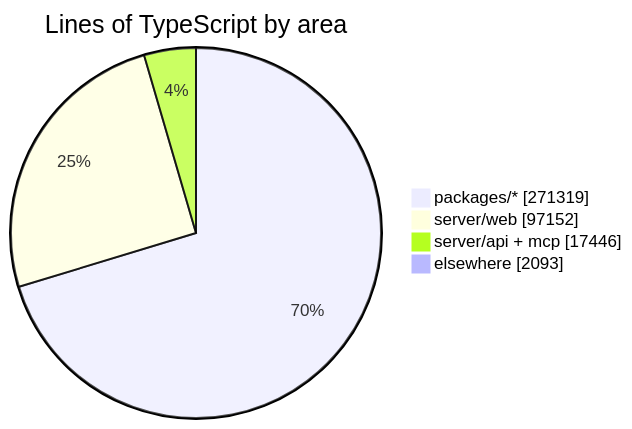
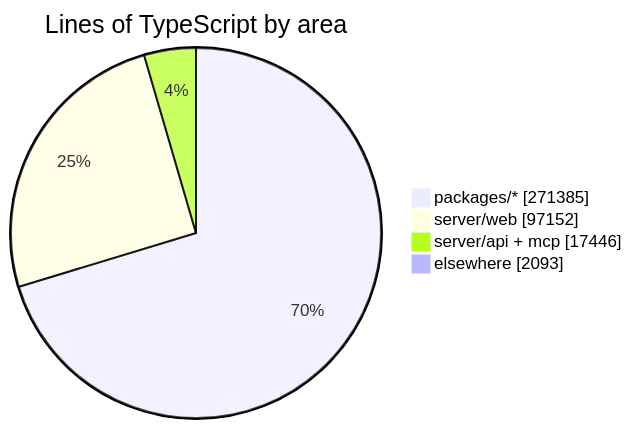
One commit to crossworks-engineering/mantle changed the diagram in README.md. Above: the diagram before and after it, drawn with Mermaid. The commit also changed other lines of this file and 2 other files, not shown here.

````diff
--- a/README.md
+++ b/README.md
@@ -294,7 +294,7 @@
 ```mermaid
 pie showData title Lines of TypeScript by area
-    "packages/*" : 271319
+    "packages/*" : 271385
     "server/web" : 97152
     "server/api + mcp" : 17446
     "elsewhere" : 2093
 ```
````
